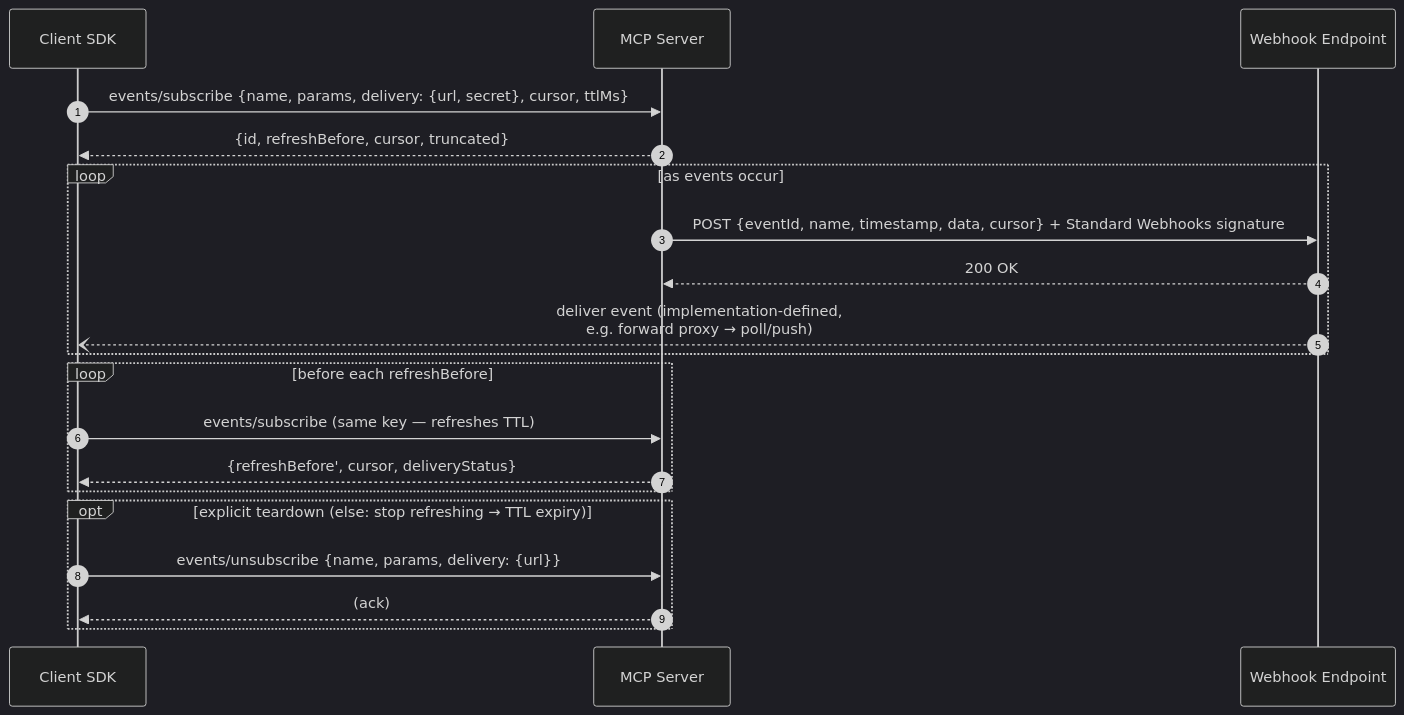
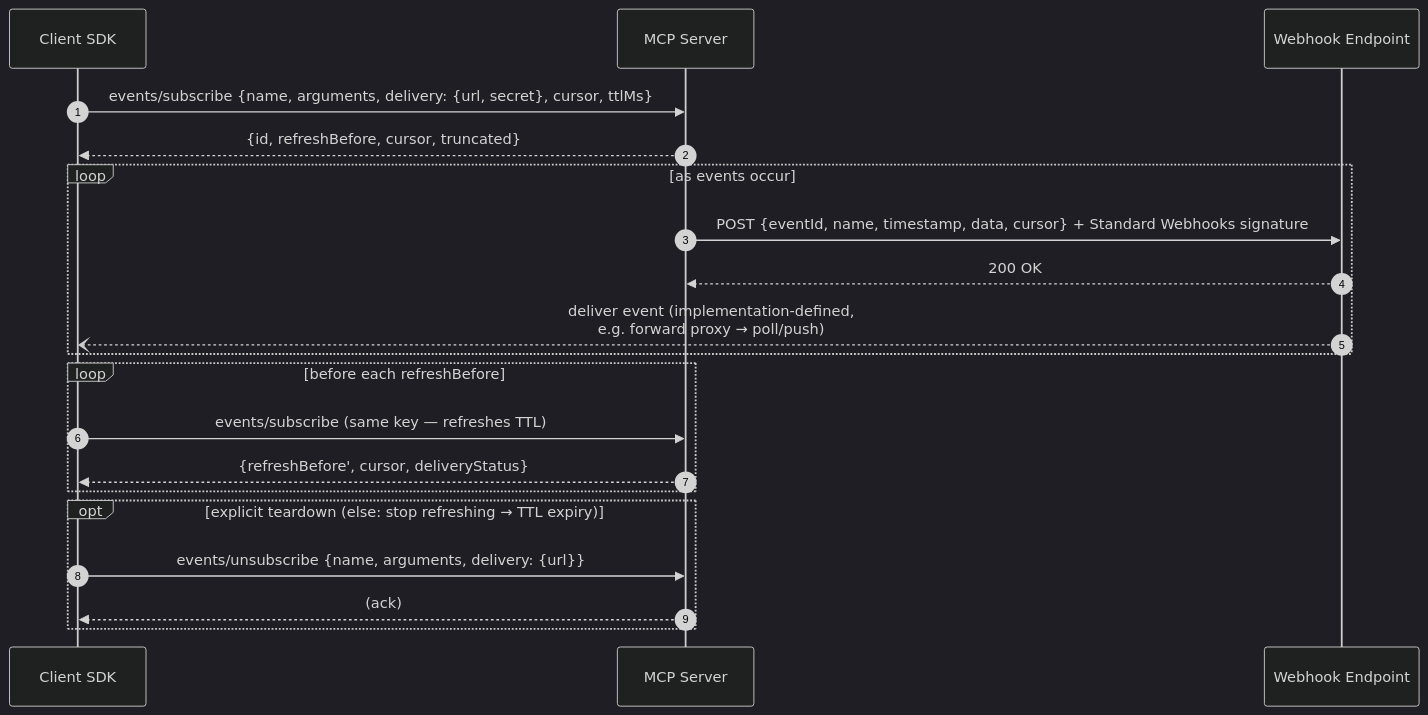
The third of 4 diagrams in docs/design-sketch-proposal.md (modelcontextprotocol/experimental-ext-triggers-events), drawn with Mermaid (dark theme) before and after one commit. The commit also changed other lines of this file, not shown here.

First line of the commit message:
Rename inner subscription params field to arguments

````diff
--- a/docs/design-sketch-proposal.md
+++ b/docs/design-sketch-proposal.md
@@ -291,23 +291,23 @@
 ```mermaid
 sequenceDiagram
     autonumber
     participant SDK as Client SDK
     participant Server as MCP Server
     participant Hook as Webhook Endpoint
 
-    SDK->>Server: events/subscribe {name, params, delivery: {url, secret}, cursor, ttlMs}
+    SDK->>Server: events/subscribe {name, arguments, delivery: {url, secret}, cursor, ttlMs}
     Server-->>SDK: {id, refreshBefore, cursor, truncated}
     loop as events occur
         Server->>Hook: POST {eventId, name, timestamp, data, cursor} + Standard Webhooks signature
         Hook-->>Server: 200 OK
         Hook--)SDK: deliver event (implementation-defined,<br/>e.g. forward proxy → poll/push)
     end
     loop before each refreshBefore
         SDK->>Server: events/subscribe (same key — refreshes TTL)
         Server-->>SDK: {refreshBefore', cursor, deliveryStatus}
     end
     opt explicit teardown (else: stop refreshing → TTL expiry)
-        SDK->>Server: events/unsubscribe {name, params, delivery: {url}}
+        SDK->>Server: events/unsubscribe {name, arguments, delivery: {url}}
         Server-->>SDK: (ack)
     end
 ```
````
